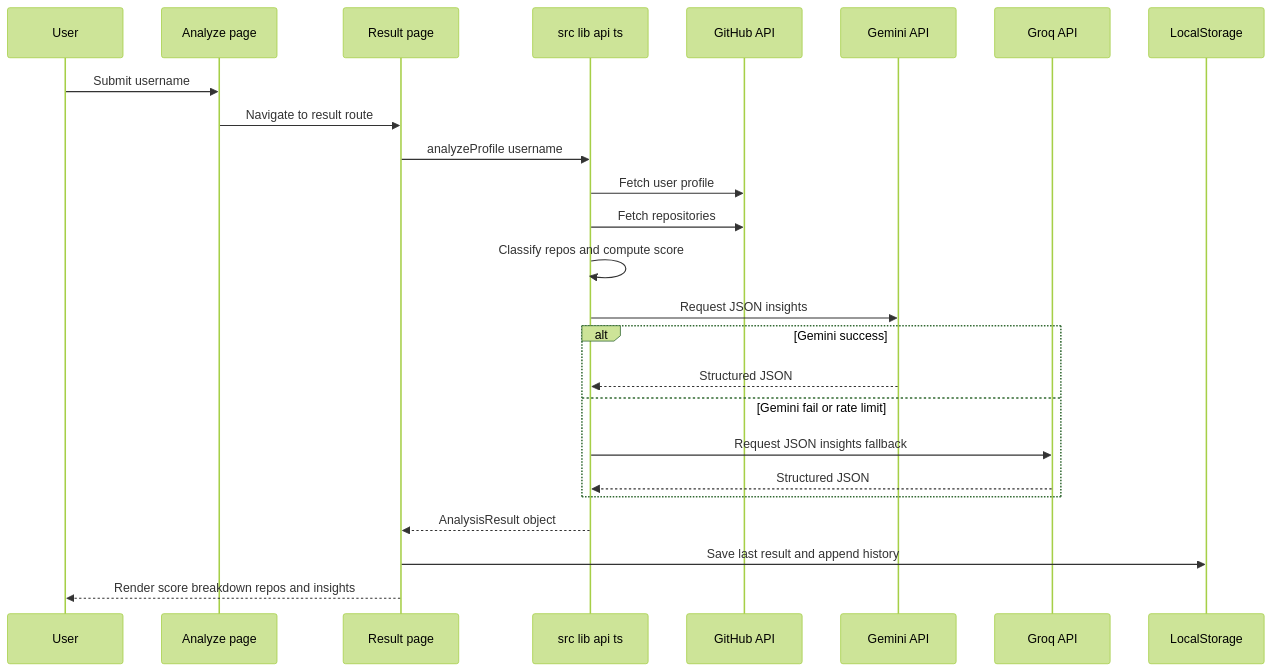
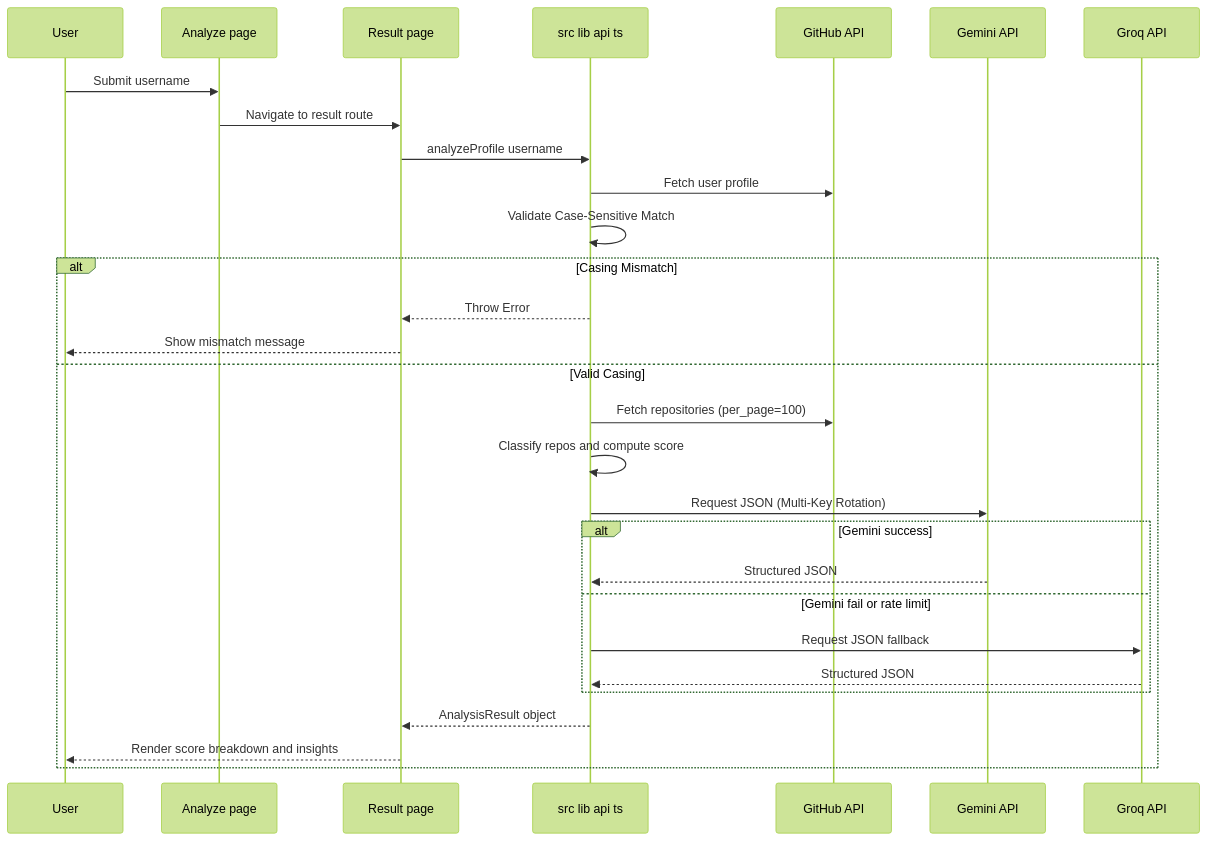
Before and after one commit to KGFCH2/GitInsight-AI: the third of 3 diagrams in ARCHITECTURE.md, drawn with Mermaid (forest theme). The commit also changed other lines of this file and 2 other files, not shown here.

Commit message:
Updated full project documentation to cover multi-key AI support and strict casing validation

````diff
--- a/ARCHITECTURE.md
+++ b/ARCHITECTURE.md
@@ -48,28 +45,32 @@
 ```mermaid
 sequenceDiagram
    participant User
    participant AnalyzePage as Analyze page
    participant ResultPage as Result page
    participant API as src lib api ts
    participant GitHub as GitHub API
    participant Gemini as Gemini API
    participant Groq as Groq API
-   participant Storage as LocalStorage
 
    User->>AnalyzePage: Submit username
    AnalyzePage->>ResultPage: Navigate to result route
    ResultPage->>API: analyzeProfile username
    API->>GitHub: Fetch user profile
-   API->>GitHub: Fetch repositories
-   API->>API: Classify repos and compute score
-   API->>Gemini: Request JSON insights
-   alt Gemini success
-      Gemini-->>API: Structured JSON
-   else Gemini fail or rate limit
-      API->>Groq: Request JSON insights fallback
-      Groq-->>API: Structured JSON
+   API->>API: Validate Case-Sensitive Match
+   alt Casing Mismatch
+      API-->>ResultPage: Throw Error
+      ResultPage-->>User: Show mismatch message
+   else Valid Casing
+      API->>GitHub: Fetch repositories (per_page=100)
+      API->>API: Classify repos and compute score
+      API->>Gemini: Request JSON (Multi-Key Rotation)
+      alt Gemini success
+         Gemini-->>API: Structured JSON
+      else Gemini fail or rate limit
+         API->>Groq: Request JSON fallback
+         Groq-->>API: Structured JSON
+      end
+      API-->>ResultPage: AnalysisResult object
+      ResultPage-->>User: Render score breakdown and insights
    end
-   API-->>ResultPage: AnalysisResult object
-   ResultPage->>Storage: Save last result and append history
-   ResultPage-->>User: Render score breakdown repos and insights
 ```
````
